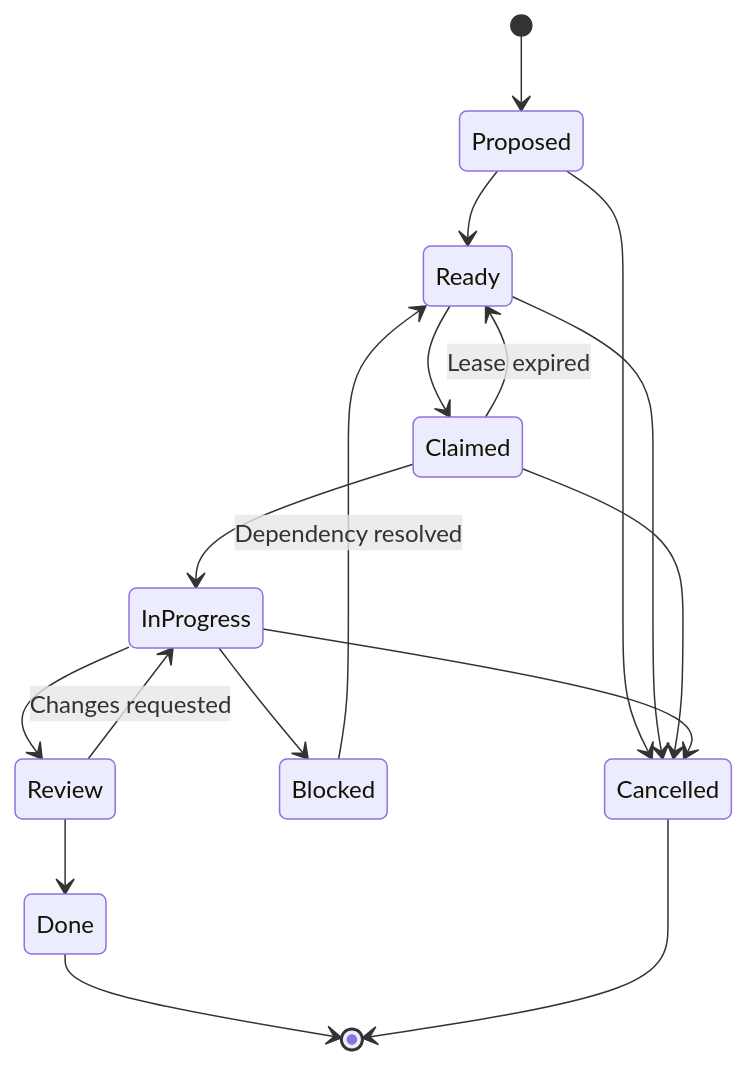
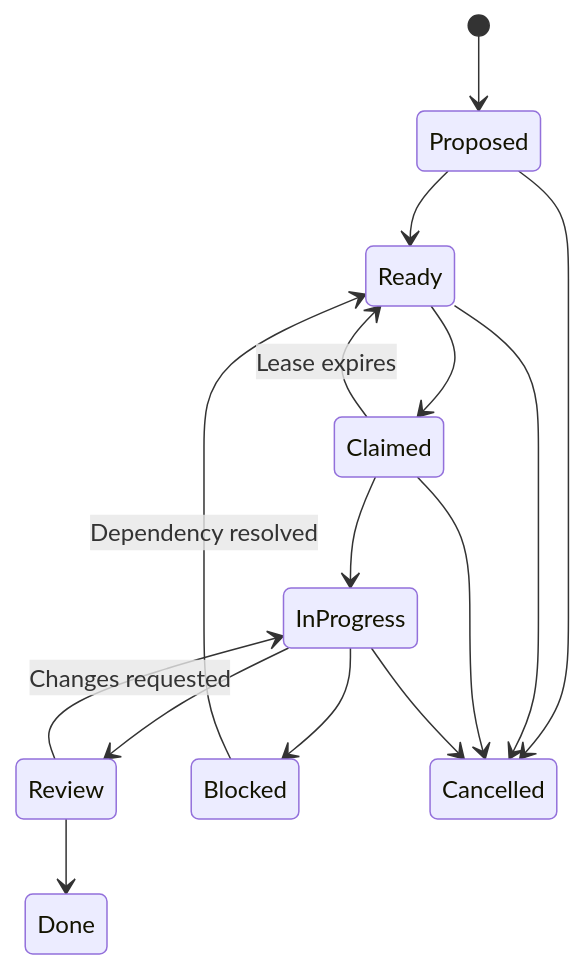
One commit to kaxokaze/fellows changed the diagram in docs/architecture/COORDINATION.md. Above: the diagram before and after it, drawn with Mermaid. The commit also changed other lines of this file, not shown here.

````diff
--- a/docs/architecture/COORDINATION.md
+++ b/docs/architecture/COORDINATION.md
@@ -99,19 +77,17 @@
 ```mermaid
 stateDiagram-v2
     [*] --> Proposed
     Proposed --> Ready
     Ready --> Claimed
     Claimed --> InProgress
     InProgress --> Review
     Review --> Done
     Review --> InProgress: Changes requested
-    Claimed --> Ready: Lease expired
+    Claimed --> Ready: Lease expires
     InProgress --> Blocked
     Blocked --> Ready: Dependency resolved
     Proposed --> Cancelled
     Ready --> Cancelled
     Claimed --> Cancelled
     InProgress --> Cancelled
-    Done --> [*]
-    Cancelled --> [*]
 ```
````
